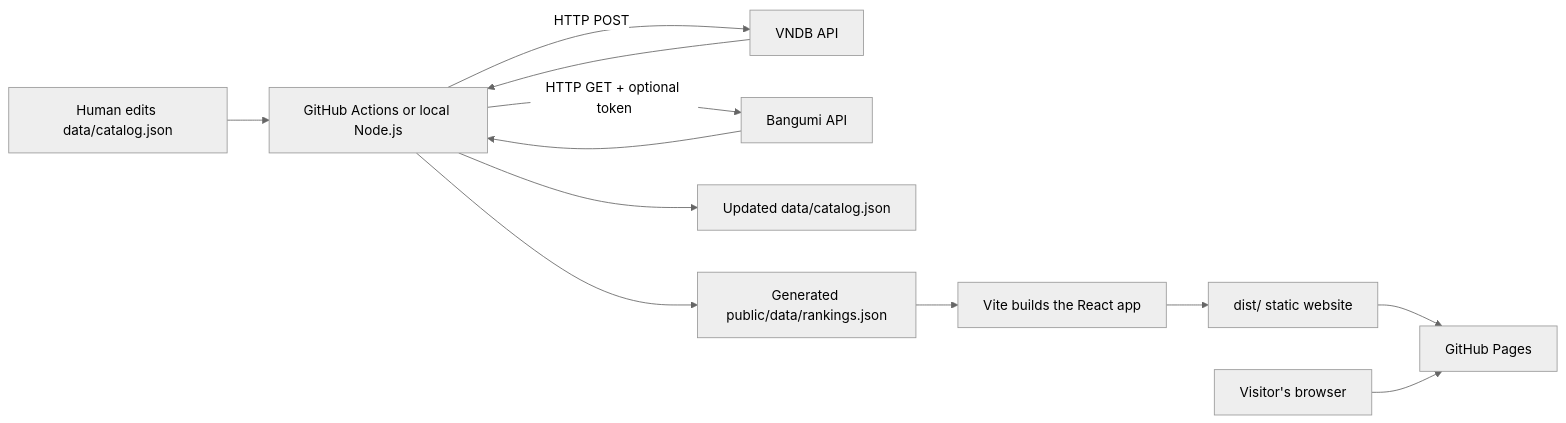
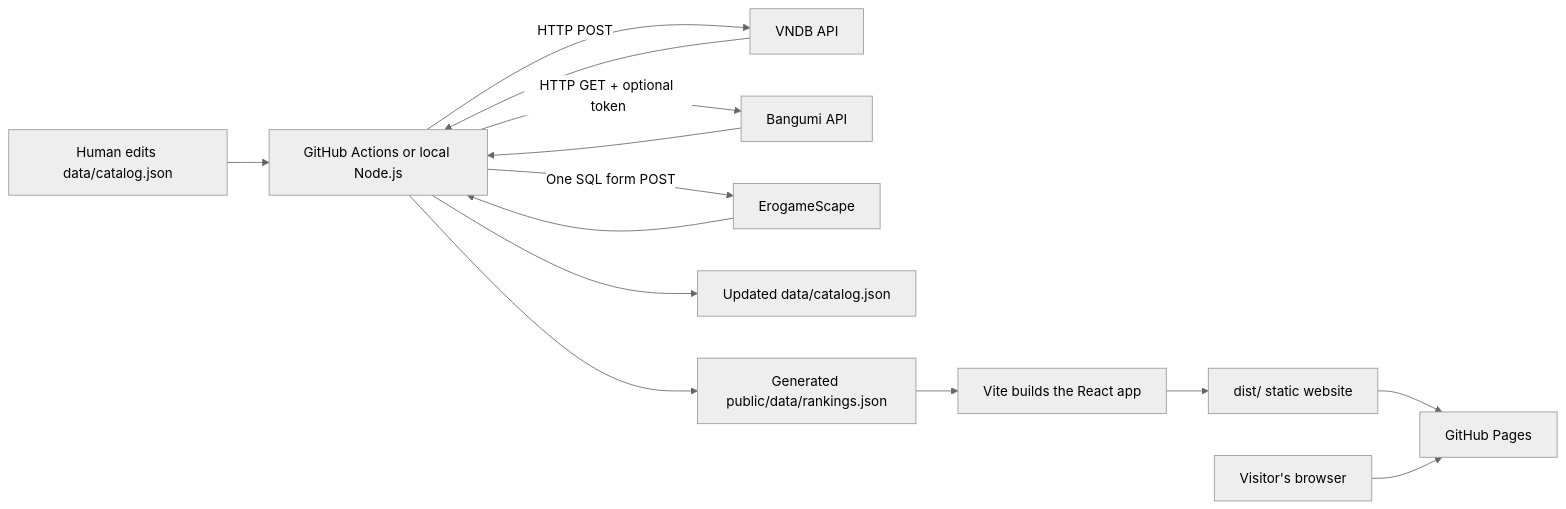
The first of 3 diagrams in docs/BEGINNER_GUIDE.md (xjp66666/vn-rank), drawn with Mermaid (neutral theme) before and after one commit. The commit also changed other lines of this file and 13 other files, not shown here.

````diff
--- a/docs/BEGINNER_GUIDE.md
+++ b/docs/BEGINNER_GUIDE.md
@@ -26,14 +26,16 @@
 ```mermaid
 flowchart LR
     Human["Human edits data/catalog.json"] --> Action["GitHub Actions or local Node.js"]
     Action -->|"HTTP POST"| VNDB["VNDB API"]
     Action -->|"HTTP GET + optional token"| Bangumi["Bangumi API"]
+    Action -->|"One SQL form POST"| EGS["ErogameScape"]
     VNDB --> Action
     Bangumi --> Action
+    EGS --> Action
     Action --> Catalog["Updated data/catalog.json"]
     Action --> Rankings["Generated public/data/rankings.json"]
     Rankings --> Build["Vite builds the React app"]
     Build --> Dist["dist/ static website"]
     Dist --> Pages["GitHub Pages"]
     Browser["Visitor's browser"] --> Pages
 ```
````
